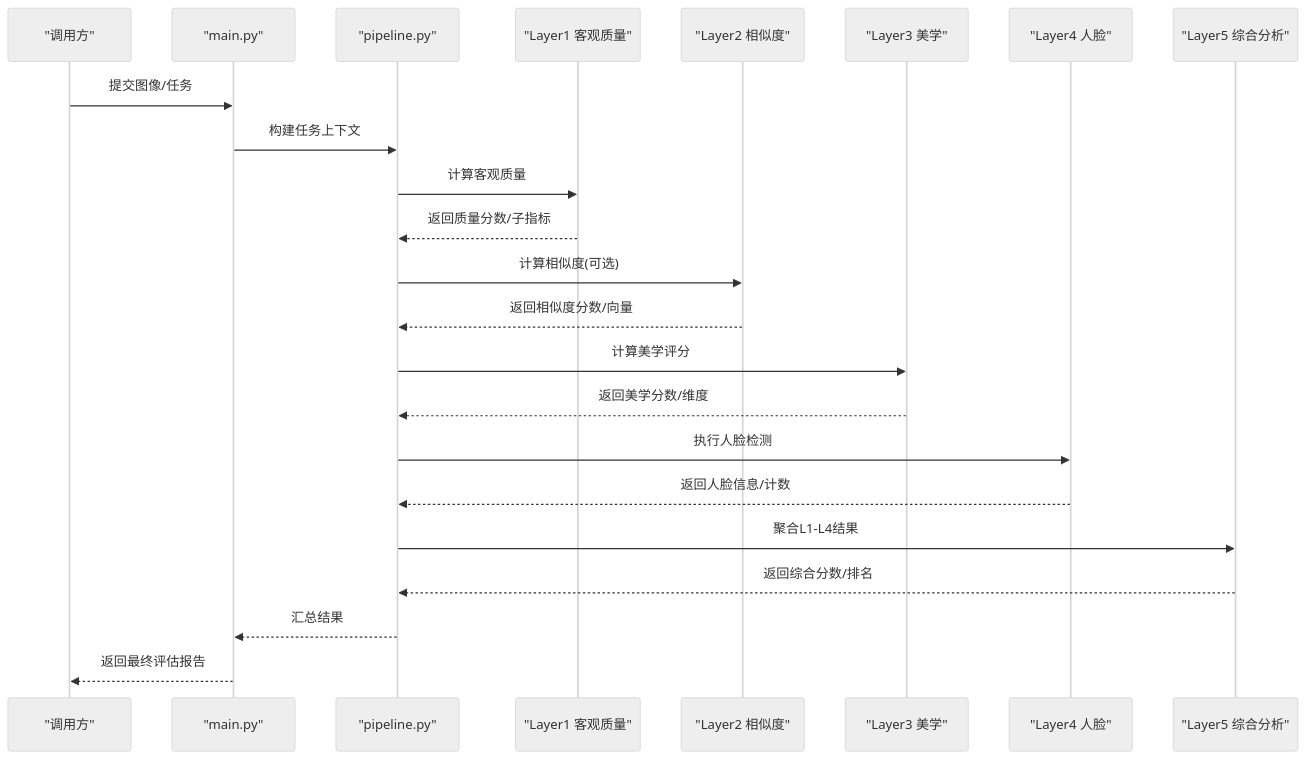
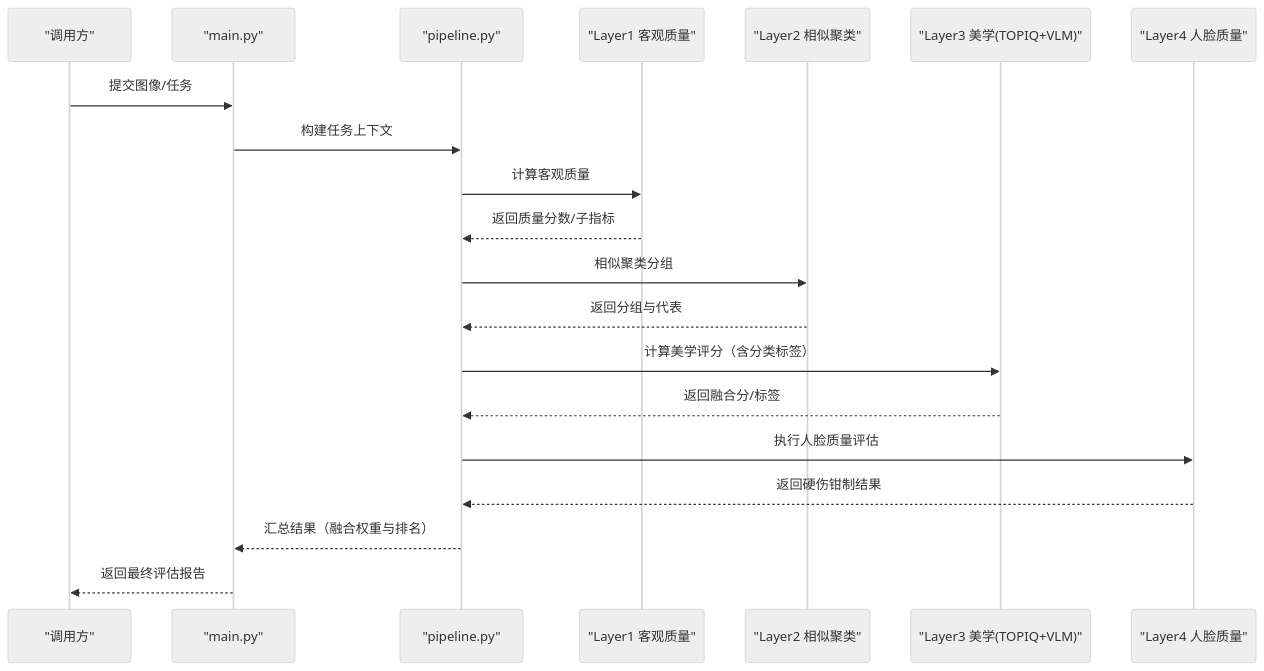
One commit to Frankynwa/photo-rank changed the second of 9 diagrams in wiki/评估层级系统/评估层级系统.md. Above: the diagram before and after it, drawn with Mermaid (neutral theme). The commit also changed other lines of this file and 7 other files, not shown here.

````diff
--- a/wiki/评估层级系统/评估层级系统.md
+++ b/wiki/评估层级系统/评估层级系统.md
@@ -132,25 +127,22 @@
 ```mermaid
 sequenceDiagram
 participant U as "调用方"
 participant M as "main.py"
 participant P as "pipeline.py"
 participant L1 as "Layer1 客观质量"
-participant L2 as "Layer2 相似度"
-participant L3 as "Layer3 美学"
-participant L4 as "Layer4 人脸"
-participant L5 as "Layer5 综合分析"
+participant L2 as "Layer2 相似聚类"
+participant L3 as "Layer3 美学(TOPIQ+VLM)"
+participant L4 as "Layer4 人脸质量"
 U->>M : 提交图像/任务
 M->>P : 构建任务上下文
 P->>L1 : 计算客观质量
 L1-->>P : 返回质量分数/子指标
-P->>L2 : 计算相似度(可选)
-L2-->>P : 返回相似度分数/向量
-P->>L3 : 计算美学评分
-L3-->>P : 返回美学分数/维度
-P->>L4 : 执行人脸检测
-L4-->>P : 返回人脸信息/计数
-P->>L5 : 聚合L1-L4结果
-L5-->>P : 返回综合分数/排名
-P-->>M : 汇总结果
+P->>L2 : 相似聚类分组
+L2-->>P : 返回分组与代表
+P->>L3 : 计算美学评分（含分类标签）
+L3-->>P : 返回融合分/标签
+P->>L4 : 执行人脸质量评估
+L4-->>P : 返回硬伤钳制结果
+P-->>M : 汇总结果（融合权重与排名）
 M-->>U : 返回最终评估报告
 ```
````
